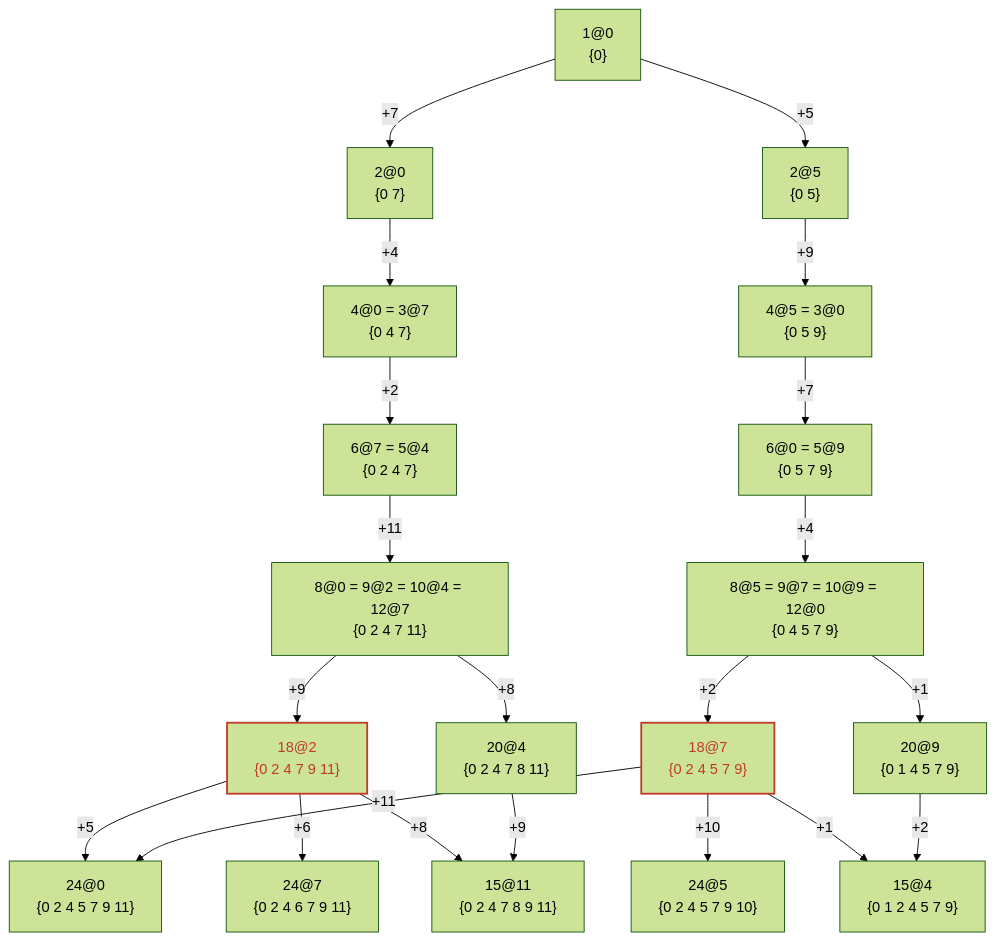
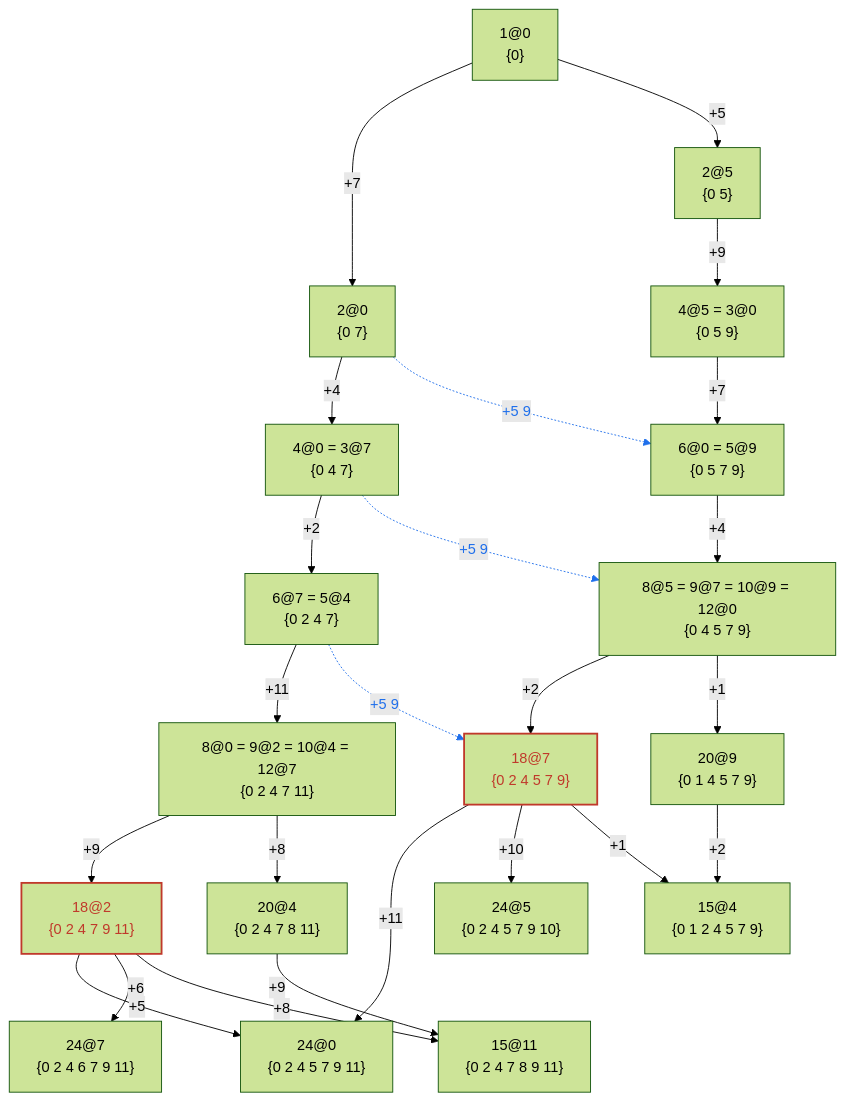
One commit to jkvastad/Melodroid-3 changed the diagram in website/docs/music/composition-adjacency-and-preference.mdx. Above: the diagram before and after it, drawn with Mermaid (forest theme). The commit also changed other lines of this file, not shown here.

Commit message:
Added graph with more connections.

````diff
--- a/website/docs/music/composition-adjacency-and-preference.mdx
+++ b/website/docs/music/composition-adjacency-and-preference.mdx
@@ -255,45 +259,50 @@
 ```mermaid
 flowchart TD
     N1["1@0<br/>{0}"]
     P0["2@0<br/>{0 7}"]
     P5["2@5<br/>{0 5}"]
     TA["4@0 = 3@7<br/>{0 4 7}"]
     TB["4@5 = 3@0<br/>{0 5 9}"]
     QA["6@7 = 5@4<br/>{0 2 4 7}"]
     QB["6@0 = 5@9<br/>{0 5 7 9}"]
     FA["8@0 = 9@2 = 10@4 = 12@7<br/>{0 2 4 7 11}"]
     FB["8@5 = 9@7 = 10@9 = 12@0<br/>{0 4 5 7 9}"]
     H18A["18@2<br/>{0 2 4 7 9 11}"]
     H20A["20@4<br/>{0 2 4 7 8 11}"]
     H18B["18@7<br/>{0 2 4 5 7 9}"]
     H20B["20@9<br/>{0 1 4 5 7 9}"]
     S24_0["24@0<br/>{0 2 4 5 7 9 11}"]
     S24_7["24@7<br/>{0 2 4 6 7 9 11}"]
     S24_5["24@5<br/>{0 2 4 5 7 9 10}"]
     S15_11["15@11<br/>{0 2 4 7 8 9 11}"]
     S15_4["15@4<br/>{0 1 2 4 5 7 9}"]
 
     N1 -->|+7| P0
     N1 -->|+5| P5
     P0 -->|+4| TA
     P5 -->|+9| TB
     TA -->|+2| QA
     TB -->|+7| QB
     QA -->|+11| FA
     QB -->|+4| FB
     FA -->|+9| H18A
     FA -->|+8| H20A
     FB -->|+2| H18B
     FB -->|+1| H20B
     H18A -->|+5| S24_0
     H18A -->|+6| S24_7
     H18A -->|+8| S15_11
     H20A -->|+9| S15_11
     H18B -->|+11| S24_0
     H18B -->|+10| S24_5
     H18B -->|+1| S15_4
     H20B -->|+2| S15_4
 
+    P0 -. "+5 9" .-> QB
+    TA -. "+5 9" .-> FB
+    QA -. "+5 9" .-> H18B
+
     style H18A stroke:#c0392b,stroke-width:2px,color:#c0392b
     style H18B stroke:#c0392b,stroke-width:2px,color:#c0392b
+    linkStyle 20,21,22 stroke:#1f6feb,color:#1f6feb
 ```
````
